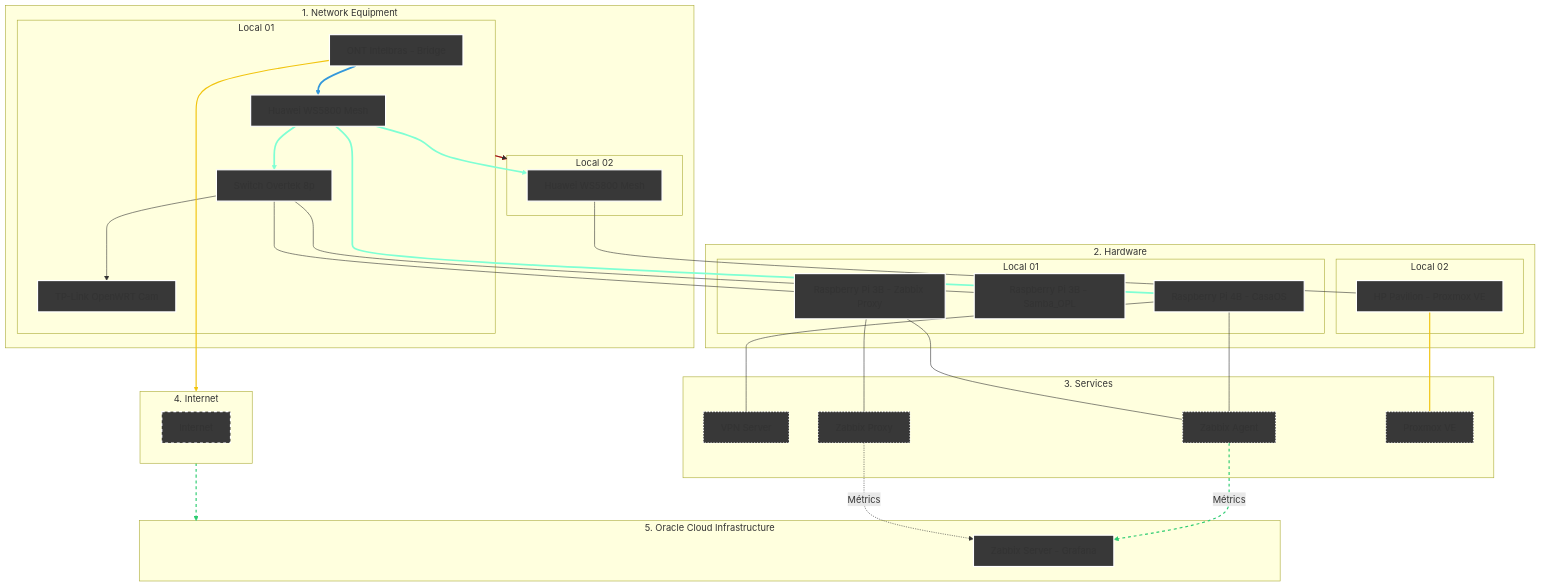
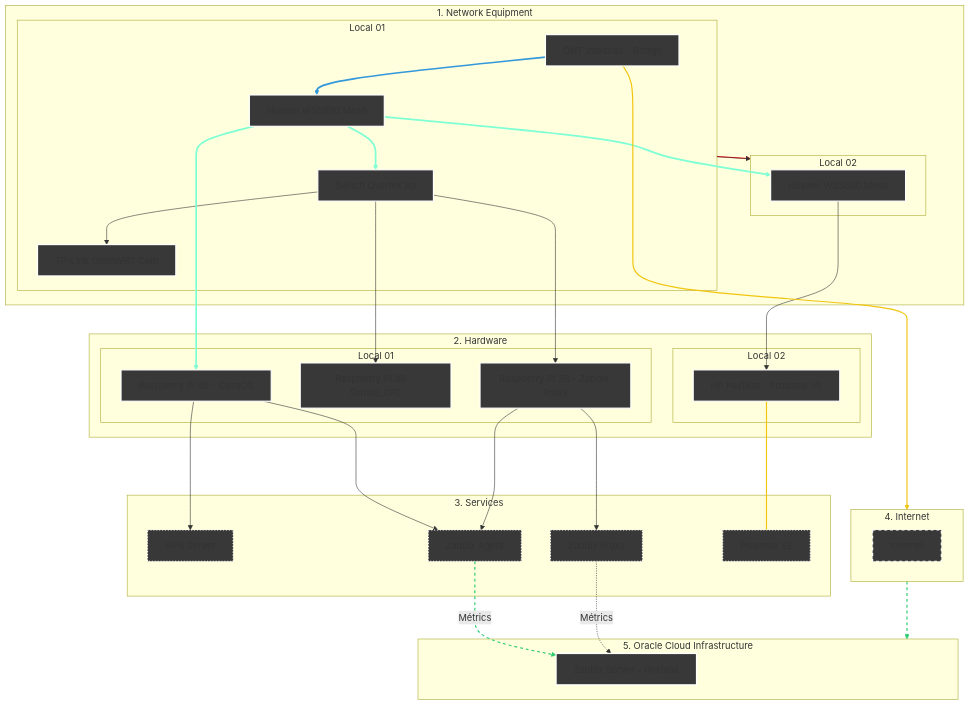
The diagram in Infraestructure/README.md (kevindexter22/Dr-Hardware-Autonet), drawn with Mermaid before and after one commit.

````diff
--- a/Infraestructure/README.md
+++ b/Infraestructure/README.md
@@ -13,73 +13,73 @@
 ```mermaid
 graph TD
     %% Styles
     classDef network fill:#383838,stroke:#FFFFFF,stroke-width:2px;
     classDef hardware fill:#383838,stroke:#FFFFFF,stroke-width:2px;
     classDef internet fill:#383838,stroke:#FFFFFF,stroke-width:2px,stroke-dasharray: 5 5;
     classDef services fill:#383838,stroke:#FFFFFF,stroke-width:2px, stroke-dasharray: 2 3;
     classDef oci fill:#383838,stroke:#FFFFFF,stroke-width:2px;
 
     S1 --> S2
     
     %% Colorir a primeira linha (S1-->S2) de vermelho
     linkStyle 0 stroke:red,stroke-width:2px;
 
     %% 1. NETWORK EQUIPMENT
     subgraph Principal["1. Network Equipment"]
     subgraph S1 [Local 01]
         ONT[ONT Intelbras - Bridge]:::network --> R_Mesh1[Huawei WS5800 Mesh]:::network
         R_Mesh1 --> SW1[Switch Overtek 8p]:::network
         SW1 --> R_Cams[TP-Link OpenWRT Cam]:::network    
     end
     subgraph S2 [Local 02]
         R_Mesh1 --> R_Mesh2[Huawei WS5800 Mesh]:::network
     end
     S1 --> S2
     end
     
     %% 2. HARDWARE
     subgraph Principal02["2. Hardware"]
     subgraph S3 [Local 01]
-        R_Mesh1 --- RPi4B[Raspberry Pi 4B - CasaOS]:::hardware
-        SW1 --- RPi3B_1[Raspberry Pi 3B - Samba_OPL]:::hardware
-        SW1 --- RPi3B_2[Raspberry Pi 3B - Zabbix Proxy]:::hardware
+        R_Mesh1 ---> RPi4B[Raspberry Pi 4B - CasaOS]:::hardware
+        SW1 ---> RPi3B_1[Raspberry Pi 3B - Samba_OPL]:::hardware
+        SW1 ---> RPi3B_2[Raspberry Pi 3B - Zabbix Proxy]:::hardware
     end
     subgraph S4 [Local 02]
-        R_Mesh2 --- HP[HP Pavilion - Proxmox VE]:::hardware
+        R_Mesh2 ---> HP[HP Pavilion - Proxmox VE]:::hardware
     end
     end
 
     %% 3. SERVICES     
     subgraph S5 [3. Services];
-        RPi4B --- VPN[VPN Server]:::services
-        RPi4B --- ZA[Zabbix Agent]:::services
-        RPi3B_2 --- ZA[Zabbix Agent]:::services
-        RPi3B_2 --- ZP[Zabbix Proxy]:::services
+        RPi4B ---> VPN[VPN Server]:::services
+        RPi4B ---> ZA[Zabbix Agent]:::services
+        RPi3B_2 ---> ZA[Zabbix Agent]:::services
+        RPi3B_2 ---> ZP[Zabbix Proxy]:::services
         HP --- PVE[Proxmox VE]:::services        
     end
 
     %% 4. Internet (The Bridge)
     subgraph S6 [4. Internet]
            internet[Internet]:::internet
     end
 
     %% 5. Oracle Cloud Infrastructure
     subgraph S7 [5. Oracle Cloud Infrastructure]
         ZS[Zabbix Server - Grafana]:::oci
     end
 
     %% Conections of data flow
     ONT --> S6
     S6 --> S7
     
     %% Logical conections
     ZA -.-> |Métrics| ZS
     ZP -.-> |Métrics| ZS 
 
     %% --- Set collor on conections ---
     
     linkStyle 1 stroke:#3498db,stroke-width:3px;
     linkStyle 2,4,6 stroke:#7FFFD4,stroke-width:3px;
     linkStyle 14,15 stroke:#f1c40f,stroke-width:2px;
     linkStyle 16,17 stroke:#2ecc71,stroke-width:2px,stroke-dasharray: 5 5;
 ```
````
